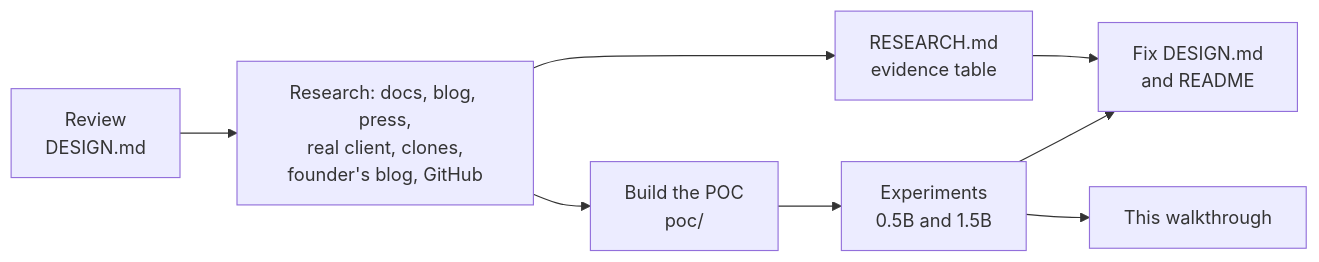
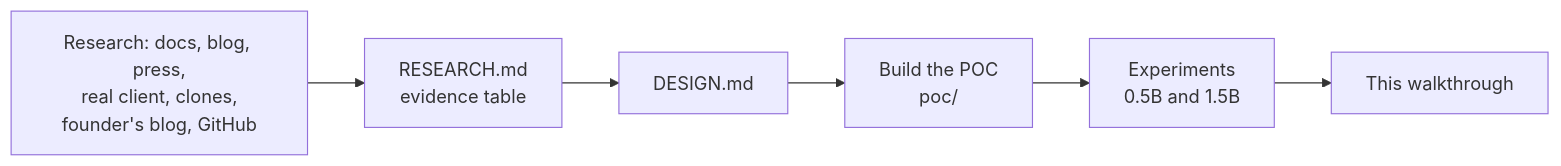
One commit to Obi-Wan-Clemobi/minijev changed the first of 18 diagrams in docs/WALKTHROUGH.md. Above: the diagram before and after it, drawn with Mermaid. The commit also changed other lines of this file and 3 other files, not shown here.

````diff
--- a/docs/WALKTHROUGH.md
+++ b/docs/WALKTHROUGH.md
@@ -50,10 +49,8 @@
 ```mermaid
 flowchart LR
-    A["Review<br/>DESIGN.md"] --> B["Research: docs, blog, press,<br/>real client, clones,<br/>founder's blog, GitHub"]
-    B --> C["RESEARCH.md<br/>evidence table"]
-    B --> D["Build the POC<br/>poc/"]
-    D --> E["Experiments<br/>0.5B and 1.5B"]
-    E --> F["Fix DESIGN.md<br/>and README"]
-    C --> F
+    B["Research: docs, blog, press,<br/>real client, clones,<br/>founder's blog, GitHub"] --> C["RESEARCH.md<br/>evidence table"]
+    C --> D["DESIGN.md"]
+    D --> P["Build the POC<br/>poc/"]
+    P --> E["Experiments<br/>0.5B and 1.5B"]
     E --> G["This walkthrough"]
 ```
````
